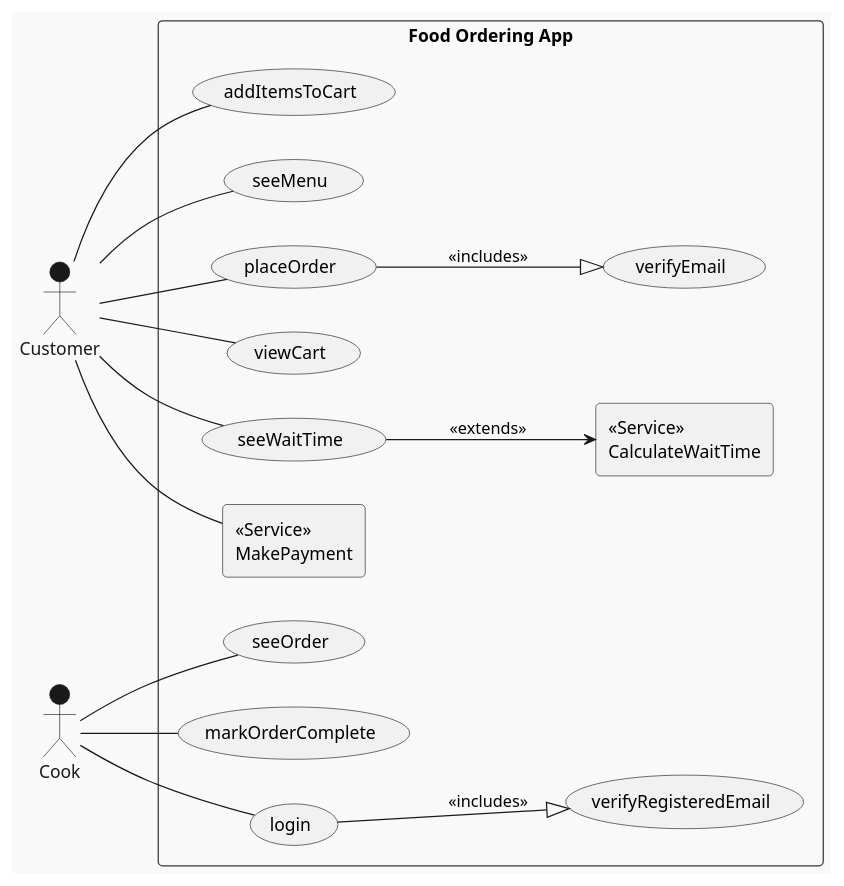
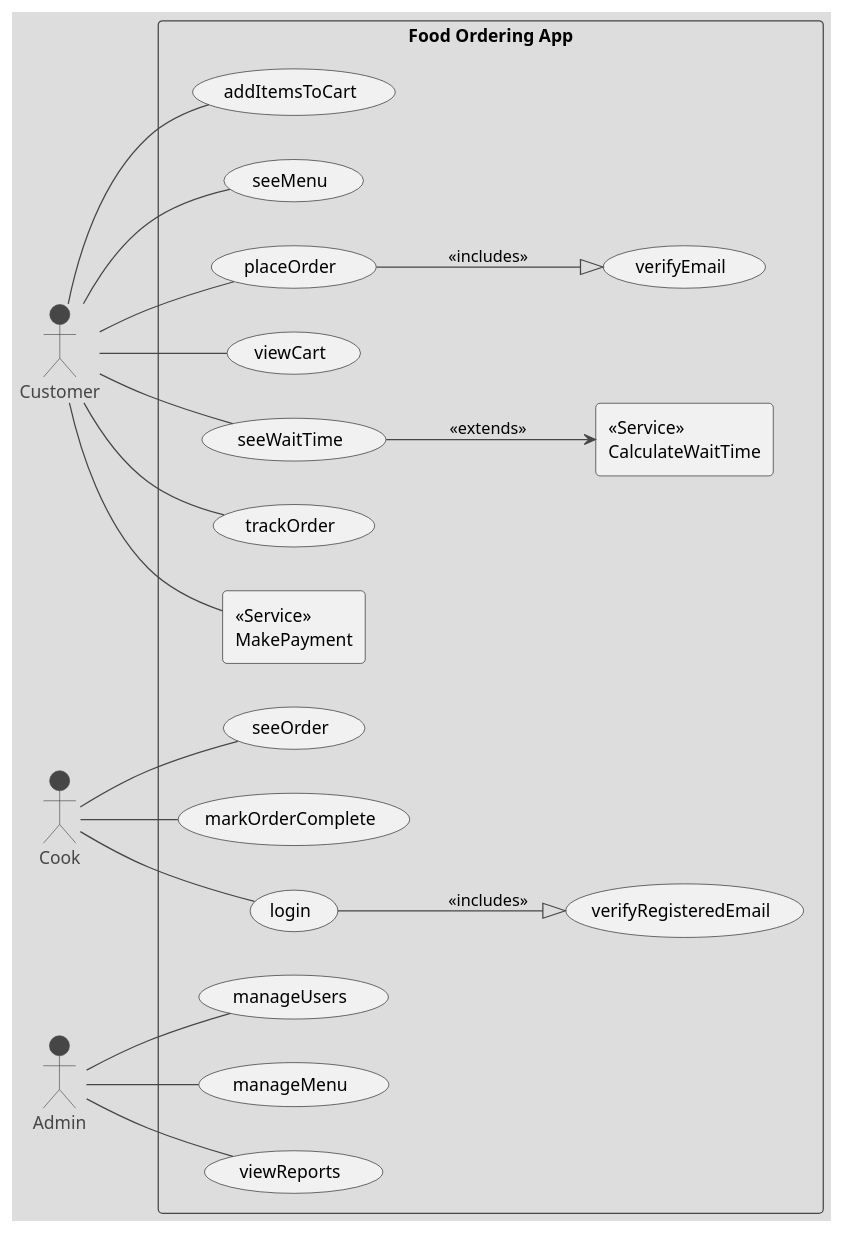
The diagram in DOCS/useCaseDia.plantuml (jayd719/DjangoFoodOrderingApp), drawn with PlantUML before and after one commit. The commit also changed 4 other files, not shown here.

```diff
--- a/DOCS/useCaseDia.plantuml
+++ b/DOCS/useCaseDia.plantuml
@@ -1,55 +1,66 @@
 @startuml Usecase
-!theme mars
-
+!theme toy
 
 'styles
 skinparam packageStyle rectangle
 left to right direction
 
 
 'ACTORS
 Actor Customer as customer
 Actor Cook as cook
+Actor Admin as admin
+
 
 
 
 rectangle "Food Ordering App"{
     ' USECASES
     usecase addItemsToCart
     usecase seeMenu
     usecase placeOrder
     usecase seeOrder
     usecase viewCart
     usecase markOrderComplete
     usecase seeWaitTime
     usecase verifyEmail
     usecase verifyRegisteredEmail
     usecase login
+    usecase trackOrder
+
+    usecase manageUsers
+    usecase manageMenu
+    usecase viewReports
 
     ' SERVICES
     rectangle "<<Service>>\nCalculateWaitTime" as serviceWaitTime
     rectangle "<<Service>>\nMakePayment" as servicePayment
 
 }
 
 'links
 customer--seeMenu
 customer--addItemsToCart
 customer--placeOrder
 customer--seeWaitTime
 customer--servicePayment
 customer--viewCart
+customer--trackOrder
 
 
 seeWaitTime-->serviceWaitTime:<<extends>>
 
 cook--seeOrder
 cook--login
 cook--markOrderComplete
 
 login--|>verifyRegisteredEmail:<<includes>>
 placeOrder--|>verifyEmail:<<includes>>
 
+admin--manageMenu
+admin--manageUsers
+admin--viewReports
+
 
 
 @enduml
```
